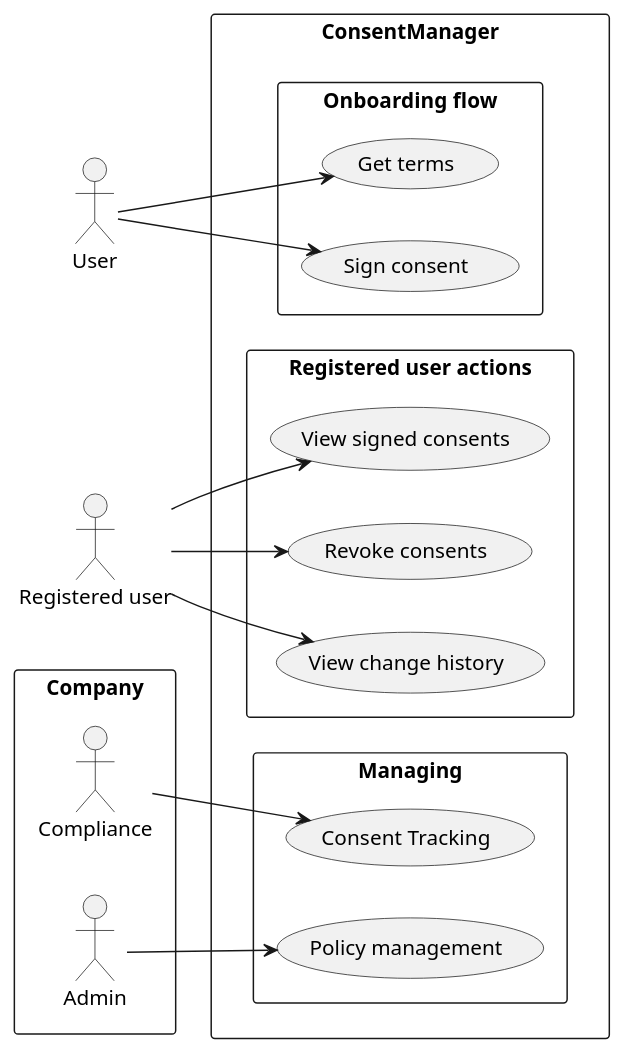
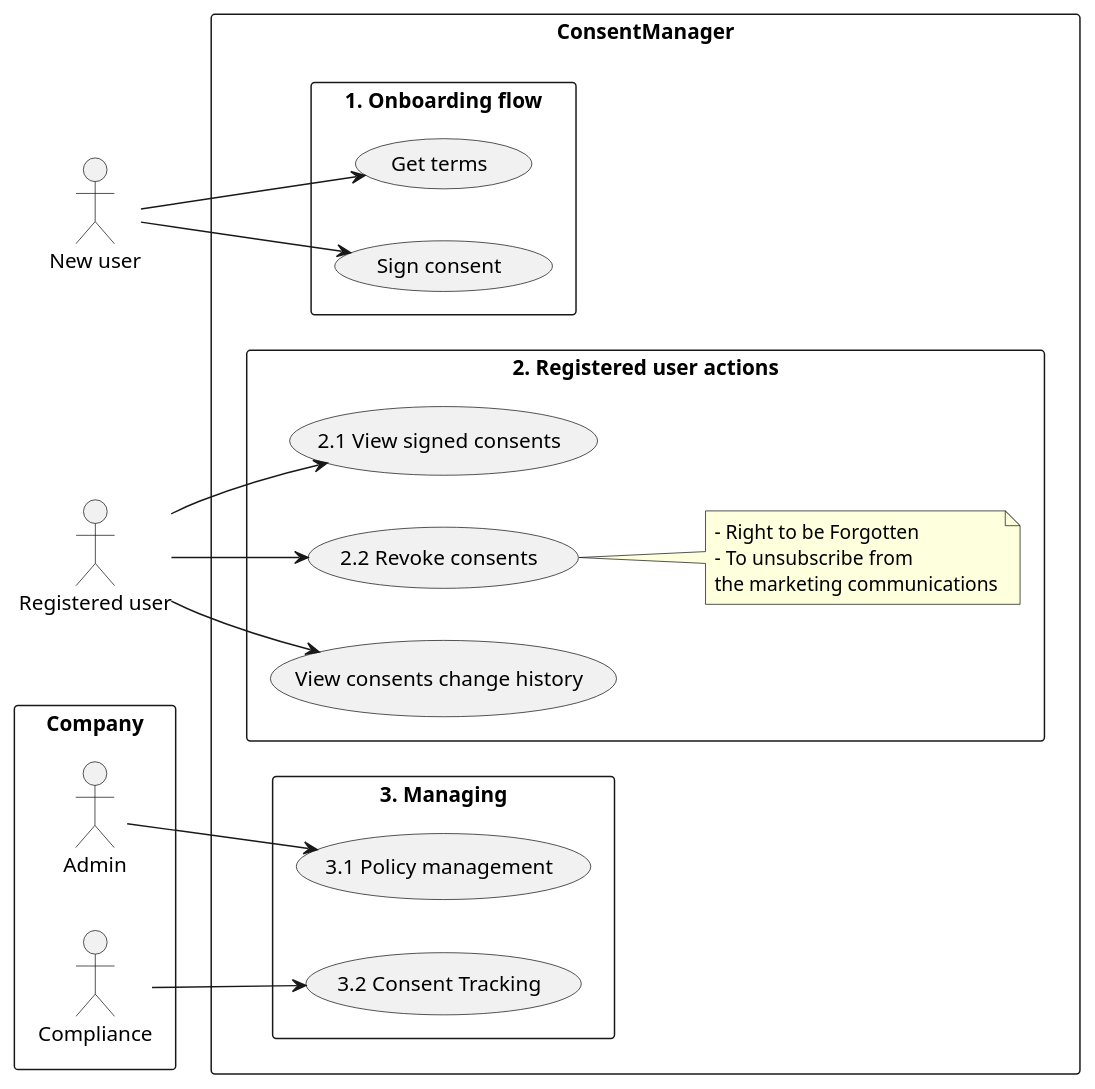
One commit to msfs11/ConsentManager changed the diagram in docs/usecase.puml. Above: the diagram before and after it, drawn with PlantUML. The commit also changed 5 other files, not shown here.

Commit message:
Consent management diagrams

```diff
--- a/docs/usecase.puml
+++ b/docs/usecase.puml
@@ -1,41 +1,46 @@
 @startuml usecase
 left to right direction
 skinparam packageStyle rect
 
-actor "User" as new_user
+actor "New user" as new_user
 actor "Registered user" as registered_user
 
 package Company {
+    actor Admin as admin
     actor Compliance as c
-    actor Admin as admin
 }
 
 rectangle "ConsentManager" {
-  rectangle "Onboarding flow" {
+  rectangle "1. Onboarding flow" {
     usecase "Get terms" as terms
     usecase "Sign consent" as sign
   }
 
-  rectangle "Registered user actions" {
-    usecase "View signed consents" as signed
-    usecase "Revoke consents" as revoke
-    usecase "View change history" as history
+  rectangle "2. Registered user actions" {
+    usecase signed as "2.1 View signed consents"
+    usecase revoke as "2.2 Revoke consents"
+    note right of (revoke)
+      - Right to be Forgotten
+      - To unsubscribe from 
+      the marketing communications
+    end note
+    usecase history as "View consents change history"
   }
 
-  rectangle "Managing" {
-    usecase "Policy management" as manage
-    usecase "Consent Tracking" as tracking    
+  rectangle "3. Managing" {
+    usecase "3.1 Policy management" as manage
+    usecase "3.2 Consent Tracking" as tracking    
   }
   
 }
 
 new_user --> terms
 new_user --> sign
 
 registered_user --> signed
 registered_user --> revoke
 registered_user --> history
 
 admin --> manage
 c --> tracking
 @enduml
```
